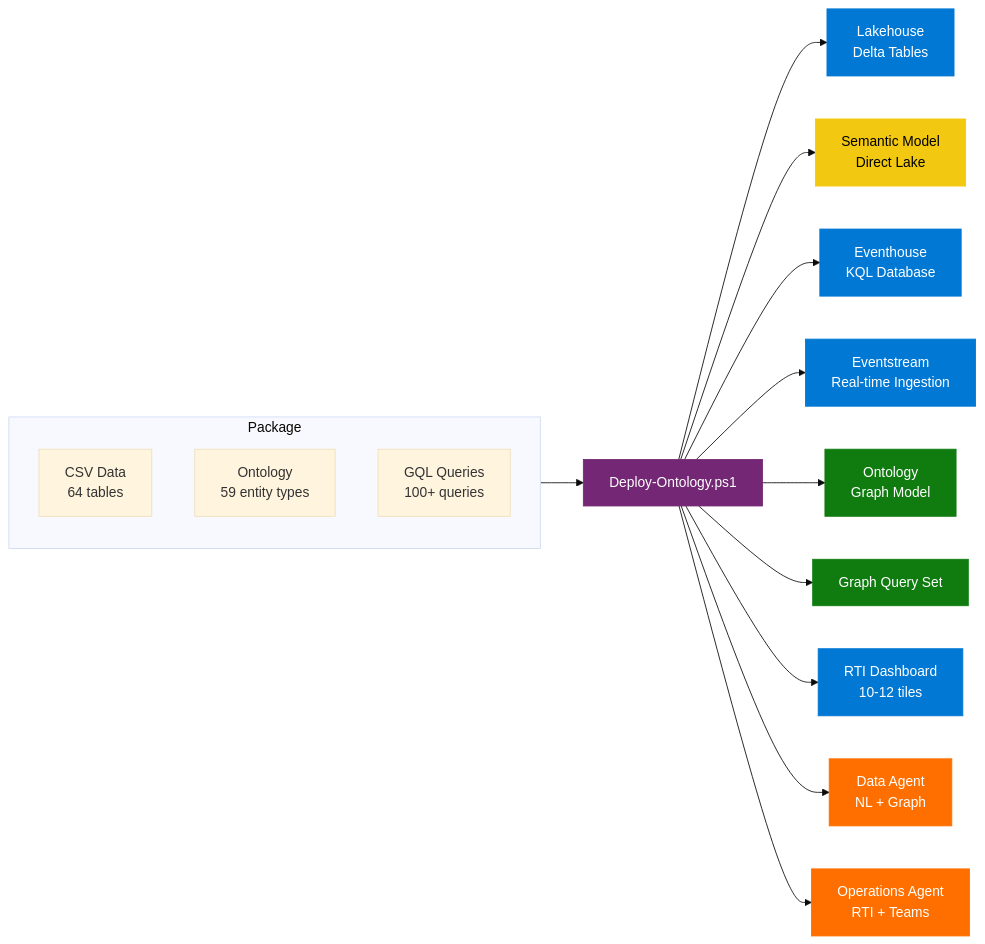
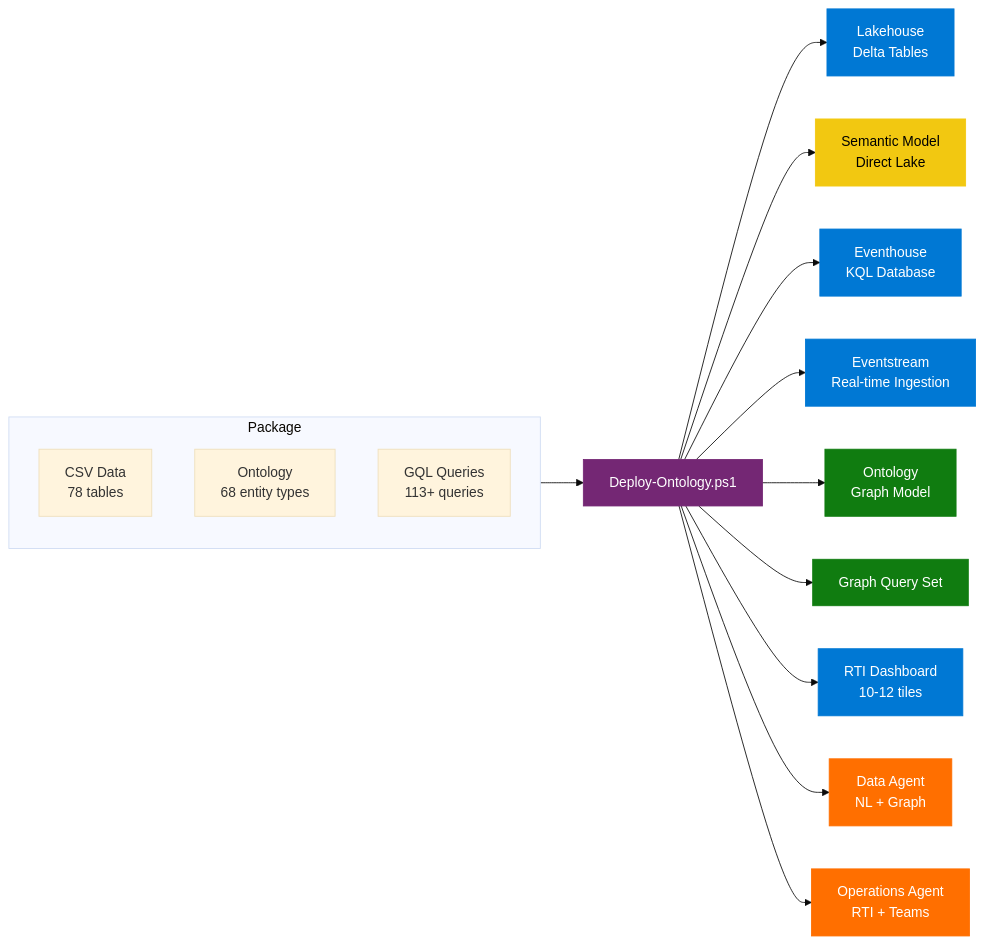
One commit to cyphou/Ontology-RTI changed the first of 12 diagrams in README.md. Above: the diagram before and after it, drawn with Mermaid (base theme). The commit also changed other lines of this file and 9 other files, not shown here.

````diff
--- a/README.md
+++ b/README.md
@@ -38,31 +38,31 @@
 ```mermaid
 flowchart LR
     subgraph Input["Package"]
-        CSV["CSV Data\n64 tables"]
-        ONT["Ontology\n59 entity types"]
-        GQL["GQL Queries\n100+ queries"]
+        CSV["CSV Data\n78 tables"]
+        ONT["Ontology\n68 entity types"]
+        GQL["GQL Queries\n113+ queries"]
     end
 
     CMD["Deploy-Ontology.ps1"] --> LH["Lakehouse\nDelta Tables"]
     CMD --> SM["Semantic Model\nDirect Lake"]
     CMD --> EH["Eventhouse\nKQL Database"]
     CMD --> ES["Eventstream\nReal-time Ingestion"]
     CMD --> OB["Ontology\nGraph Model"]
     CMD --> GQS["Graph Query Set"]
     CMD --> DASH["RTI Dashboard\n10-12 tiles"]
     CMD --> DA["Data Agent\nNL + Graph"]
     CMD --> OA["Operations Agent\nRTI + Teams"]
 
     Input --> CMD
 
     style CMD fill:#742774,color:#fff,stroke:#742774
     style LH fill:#0078D4,color:#fff,stroke:#0078D4
     style SM fill:#F2C811,color:#000,stroke:#F2C811
     style EH fill:#0078D4,color:#fff,stroke:#0078D4
     style ES fill:#0078D4,color:#fff,stroke:#0078D4
     style OB fill:#107C10,color:#fff,stroke:#107C10
     style GQS fill:#107C10,color:#fff,stroke:#107C10
     style DASH fill:#0078D4,color:#fff,stroke:#0078D4
     style DA fill:#FF6F00,color:#fff,stroke:#FF6F00
     style OA fill:#FF6F00,color:#fff,stroke:#FF6F00
 ```
````
